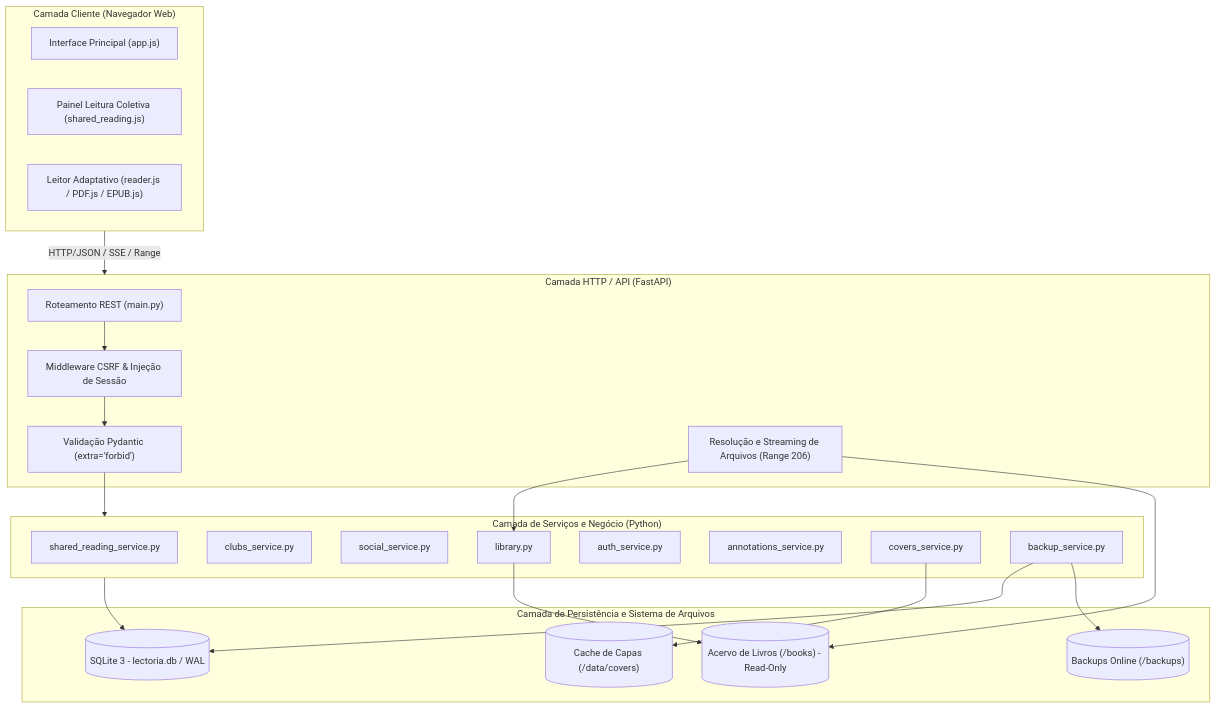
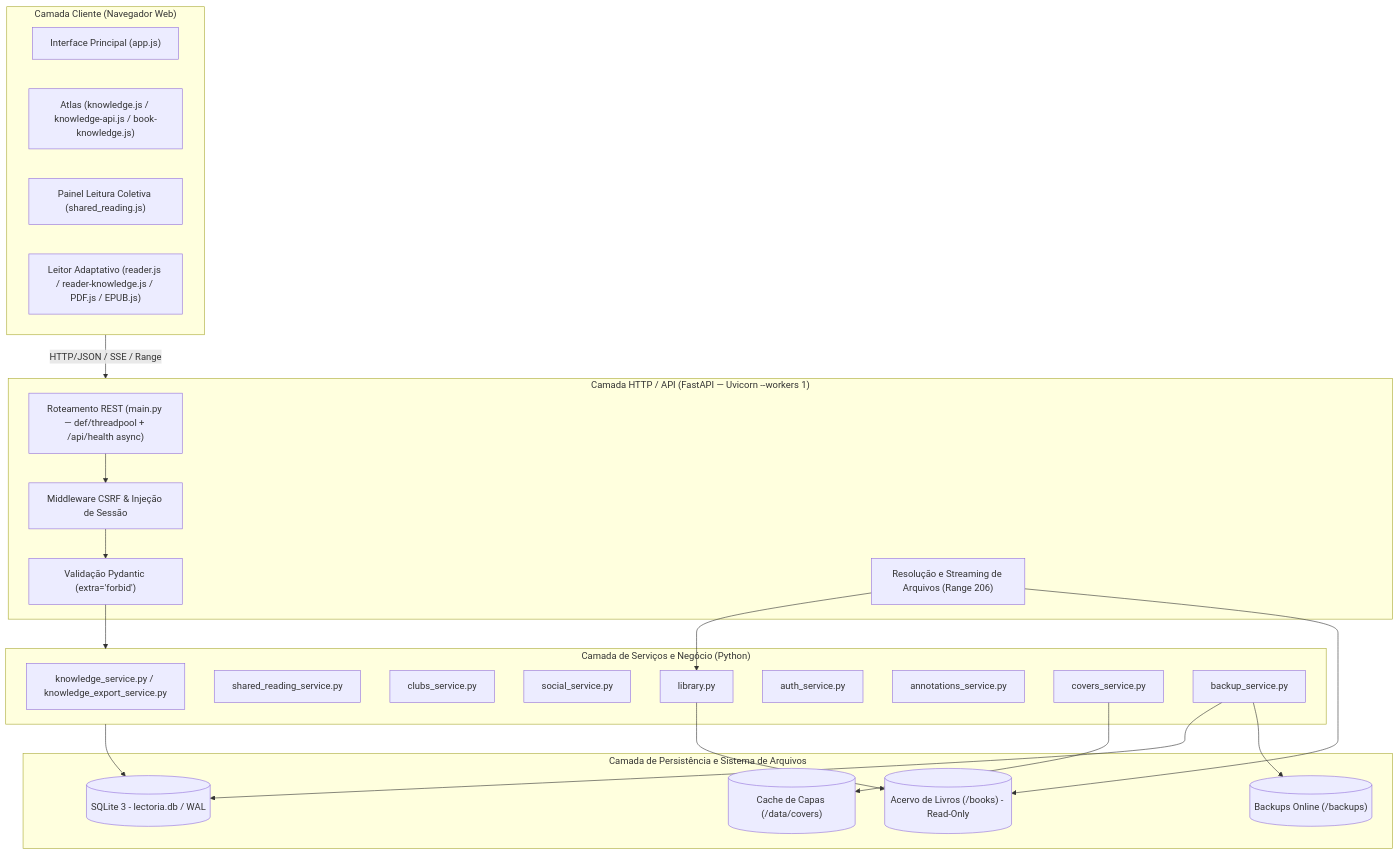
The first of 2 diagrams in docs/ARCHITECTURE.md (Nosremekk/Lectoria), drawn with Mermaid before and after one commit. The commit also changed 105 other files, not shown here.

Commit message:
feat(release): Lectoria v1.9.0 Atlas connected knowledge and performance optimizations

````diff
--- a/docs/ARCHITECTURE.md
+++ b/docs/ARCHITECTURE.md
@@ -11,46 +11,48 @@
 ```mermaid
 flowchart TD
     subgraph Client ["Camada Cliente (Navegador Web)"]
         UI["Interface Principal (app.js)"]
+        AtlasUI["Atlas (knowledge.js / knowledge-api.js / book-knowledge.js)"]
         SR["Painel Leitura Coletiva (shared_reading.js)"]
-        Reader["Leitor Adaptativo (reader.js / PDF.js / EPUB.js)"]
+        Reader["Leitor Adaptativo (reader.js / reader-knowledge.js / PDF.js / EPUB.js)"]
     end
 
-    subgraph API ["Camada HTTP / API (FastAPI)"]
-        Router["Roteamento REST (main.py)"]
+    subgraph API ["Camada HTTP / API (FastAPI — Uvicorn --workers 1)"]
+        Router["Roteamento REST (main.py — def/threadpool + /api/health async)"]
         AuthMiddleware["Middleware CSRF & Injeção de Sessão"]
         Validation["Validação Pydantic (extra='forbid')"]
         StreamingHandler["Resolução e Streaming de Arquivos (Range 206)"]
     end
 
     subgraph Services ["Camada de Serviços e Negócio (Python)"]
+        KnowledgeService["knowledge_service.py / knowledge_export_service.py"]
         SRService["shared_reading_service.py"]
         ClubsService["clubs_service.py"]
         SocialService["social_service.py"]
         LibService["library.py"]
         AuthService["auth_service.py"]
         AnnotService["annotations_service.py"]
         CoverService["covers_service.py"]
         BackupService["backup_service.py"]
     end
 
     subgraph Persistence ["Camada de Persistência e Sistema de Arquivos"]
         DB[(SQLite 3 - lectoria.db / WAL)]
         BookStorage[("Acervo de Livros (/books) - Read-Only")]
         CoverStorage[("Cache de Capas (/data/covers)")]
         BackupStorage[("Backups Online (/backups)")]
     end
 
     Client -->|HTTP/JSON / SSE / Range| API
     Router --> AuthMiddleware
     AuthMiddleware --> Validation
     Validation --> Services
     StreamingHandler --> LibService
     StreamingHandler --> BookStorage
 
     Services --> DB
     LibService --> BookStorage
     CoverService --> CoverStorage
     BackupService --> DB
     BackupService --> BackupStorage
 ```
````
